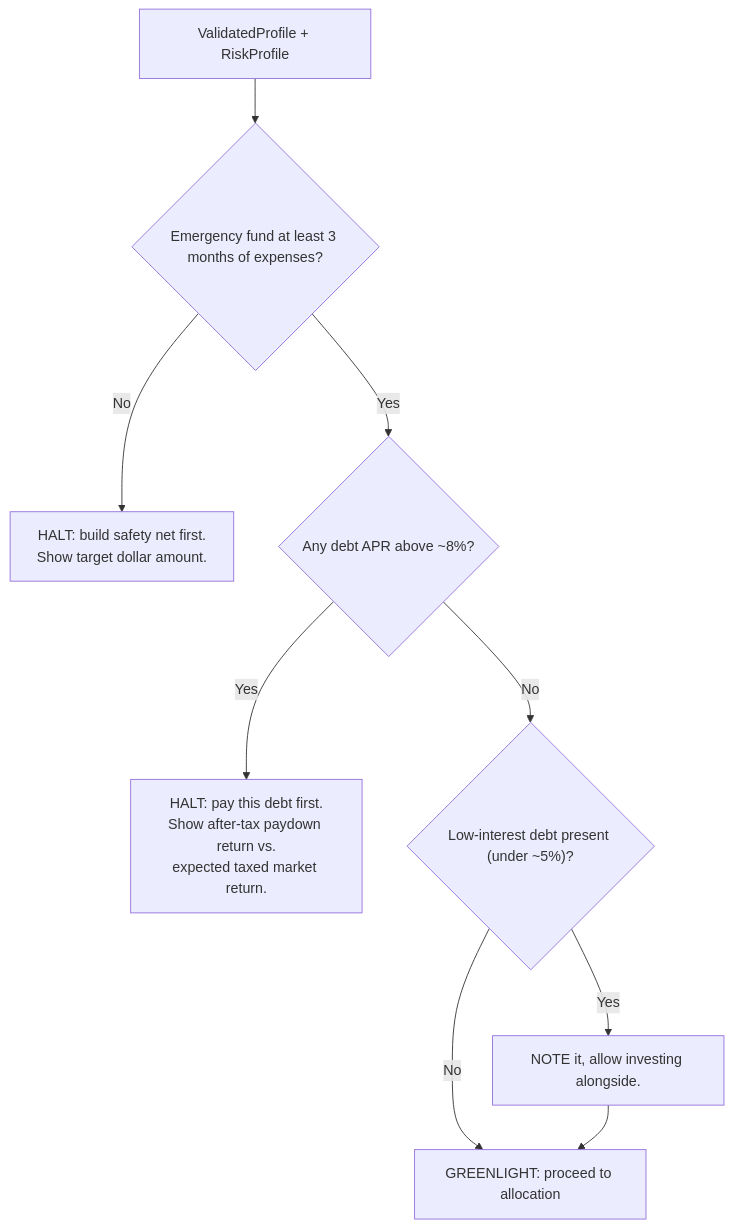
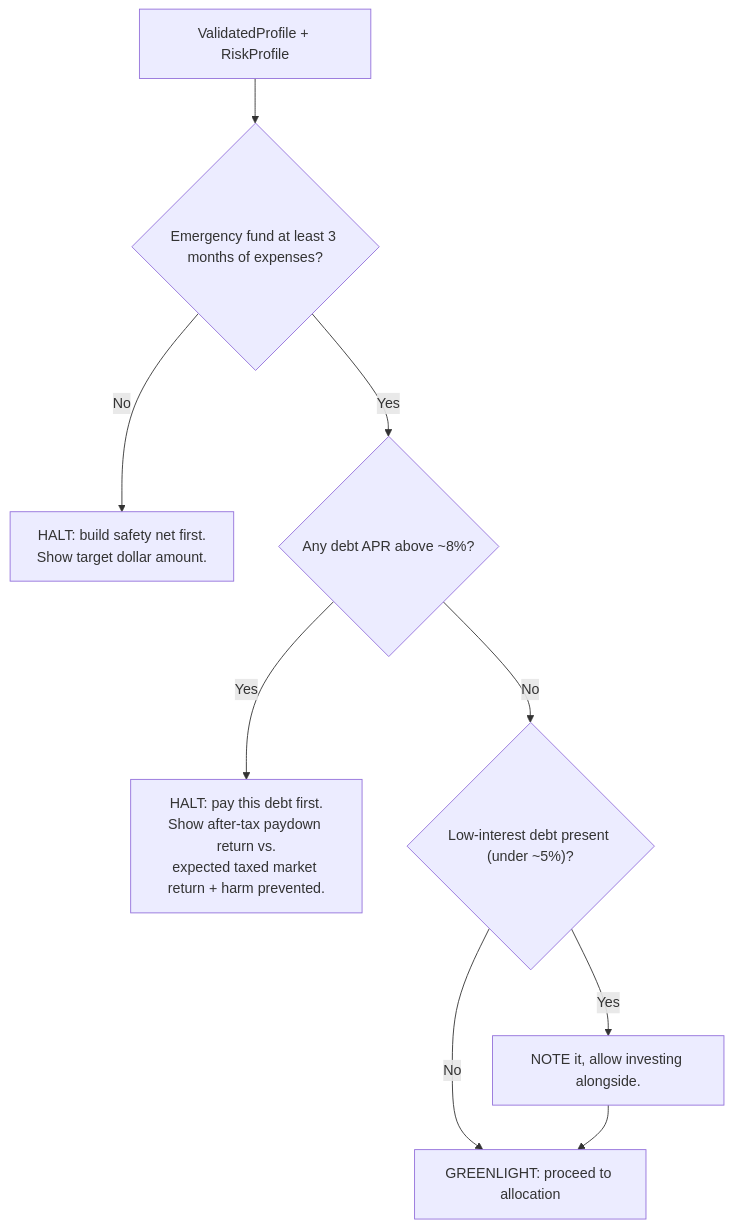
Before and after one commit to ereinha3/mallard-management: the second of 2 diagrams in docs/greenlight/01-e2e-design.md, drawn with Mermaid. The commit also changed other lines of this file and 4 other files, not shown here.

````diff
--- a/docs/greenlight/01-e2e-design.md
+++ b/docs/greenlight/01-e2e-design.md
@@ -201,11 +212,11 @@
 ```mermaid
 flowchart TD
     A["ValidatedProfile + RiskProfile"] --> B{"Emergency fund at least 3 months of expenses?"}
     B -- No --> B1["HALT: build safety net first.<br/>Show target dollar amount."]
     B -- Yes --> C{"Any debt APR above ~8%?"}
-    C -- Yes --> C1["HALT: pay this debt first.<br/>Show after-tax paydown return vs.<br/>expected taxed market return."]
+    C -- Yes --> C1["HALT: pay this debt first.<br/>Show after-tax paydown return vs.<br/>expected taxed market return + harm prevented."]
     C -- No --> D{"Low-interest debt present (under ~5%)?"}
     D -- Yes --> D1["NOTE it, allow investing alongside."]
     D -- No --> E["GREENLIGHT: proceed to allocation"]
     D1 --> E
 ```
````
